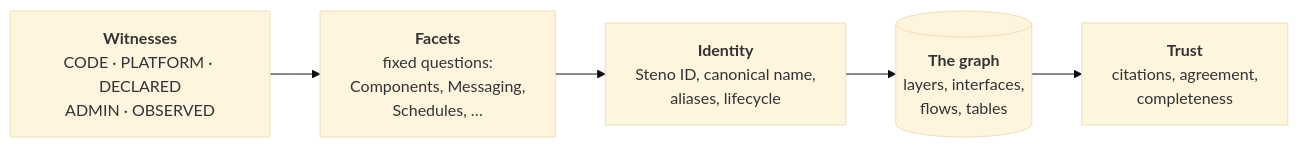
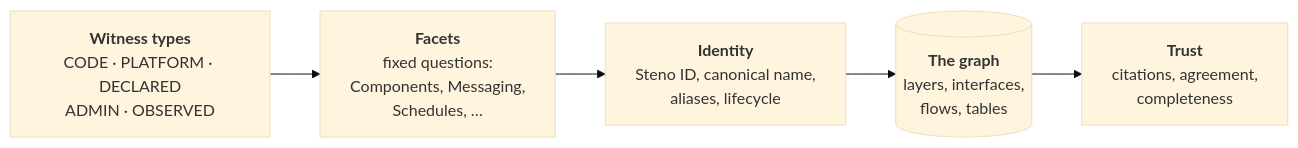
Before and after one commit to KBavis/steno: the diagram in docs/concepts/README.md, drawn with Mermaid (base theme). The commit also changed other lines of this file and 19 other files, not shown here.

````diff
--- a/docs/concepts/README.md
+++ b/docs/concepts/README.md
@@ -11,7 +11,7 @@
 ```mermaid
 flowchart LR
-    W["<b>Witnesses</b><br/>CODE · PLATFORM · DECLARED<br/>ADMIN · OBSERVED"] --> F["<b>Facets</b><br/>fixed questions:<br/>Components, Messaging,<br/>Schedules, …"]
+    W["<b>Witness types</b><br/>CODE · PLATFORM · DECLARED<br/>ADMIN · OBSERVED"] --> F["<b>Facets</b><br/>fixed questions:<br/>Components, Messaging,<br/>Schedules, …"]
     F --> ID["<b>Identity</b><br/>Steno ID, canonical name,<br/>aliases, lifecycle"]
     ID --> G[("<b>The graph</b><br/>layers, interfaces,<br/>flows, tables")]
     G --> T["<b>Trust</b><br/>citations, agreement,<br/>completeness"]
 ```
````
